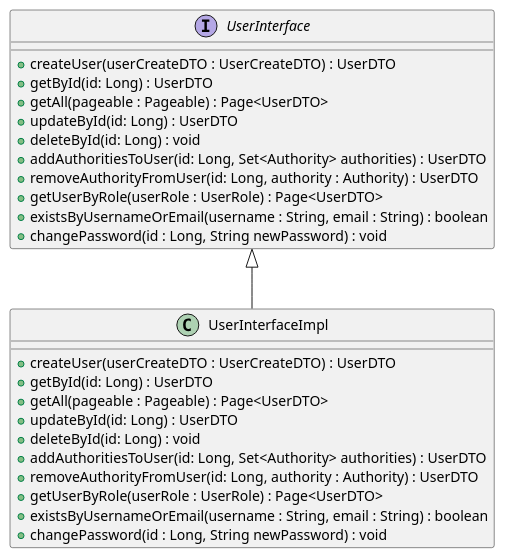
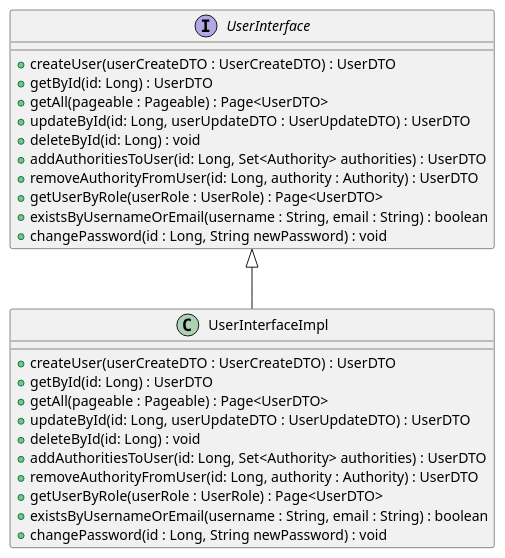
Before and after one commit to rnzmndz/e-commerce-app: the diagram in user-service/docs/diagram/user-service-interface.puml, drawn with PlantUML. The commit also changed 9 other files, not shown here.

```diff
--- a/user-service/docs/diagram/user-service-interface.puml
+++ b/user-service/docs/diagram/user-service-interface.puml
@@ -1,30 +1,30 @@
 @startuml
 interface UserInterface {
     +createUser(userCreateDTO : UserCreateDTO) : UserDTO
     +getById(id: Long) : UserDTO
     +getAll(pageable : Pageable) : Page<UserDTO>
-    +updateById(id: Long) : UserDTO
+    +updateById(id: Long, userUpdateDTO : UserUpdateDTO) : UserDTO
     +deleteById(id: Long) : void
     +addAuthoritiesToUser(id: Long, Set<Authority> authorities) : UserDTO
     +removeAuthorityFromUser(id: Long, authority : Authority) : UserDTO
     +getUserByRole(userRole : UserRole) : Page<UserDTO>
     +existsByUsernameOrEmail(username : String, email : String) : boolean
     +changePassword(id : Long, String newPassword) : void
 }
 
 class UserInterfaceImpl {
     +createUser(userCreateDTO : UserCreateDTO) : UserDTO
     +getById(id: Long) : UserDTO
     +getAll(pageable : Pageable) : Page<UserDTO>
-    +updateById(id: Long) : UserDTO
+    +updateById(id: Long, userUpdateDTO : UserUpdateDTO) : UserDTO
     +deleteById(id: Long) : void
     +addAuthoritiesToUser(id: Long, Set<Authority> authorities) : UserDTO
     +removeAuthorityFromUser(id: Long, authority : Authority) : UserDTO
     +getUserByRole(userRole : UserRole) : Page<UserDTO>
     +existsByUsernameOrEmail(username : String, email : String) : boolean
     +changePassword(id : Long, String newPassword) : void
 
 }
 
 UserInterface <|-- UserInterfaceImpl
 @enduml
```
